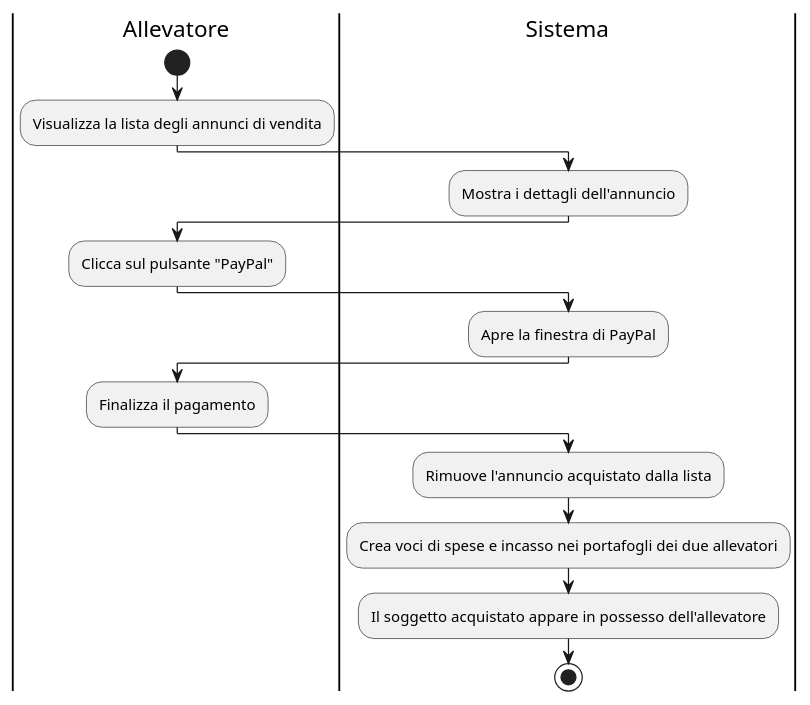
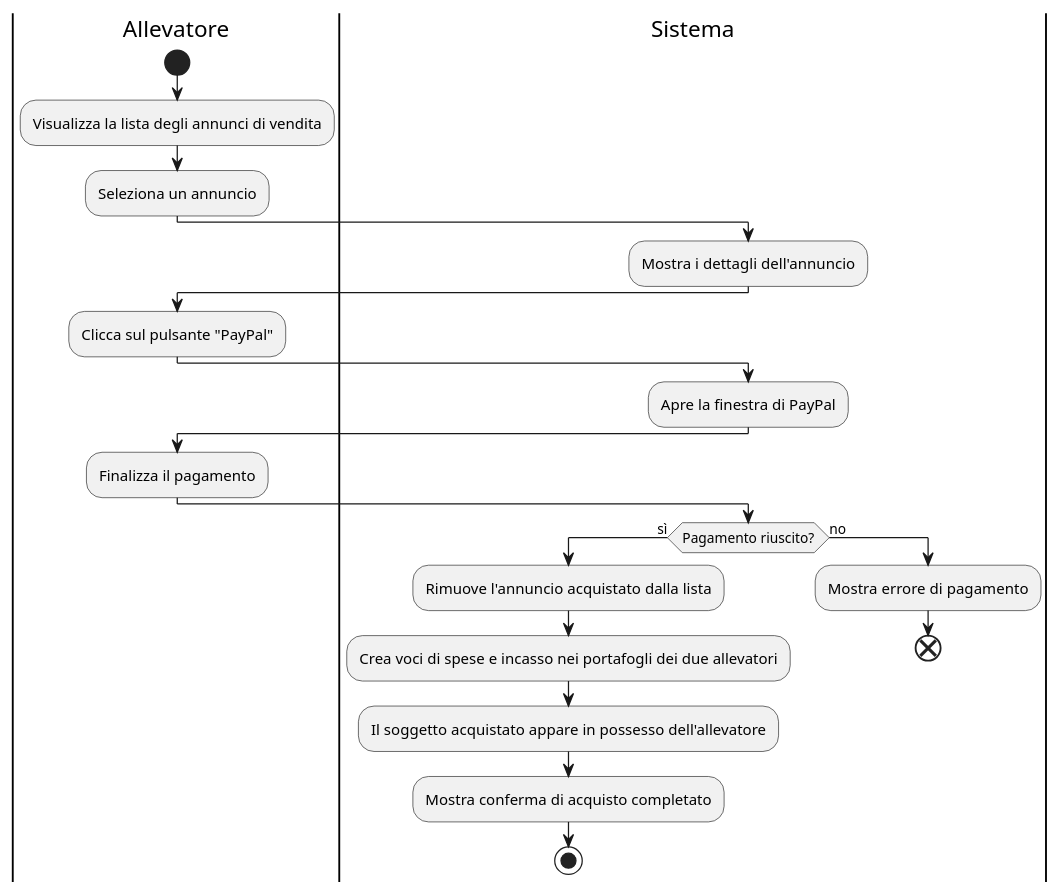
Diagram 18 of 27 in docs/sezioni/usecases/2_activitydiagrams.md (cristiancundari/birdbase), drawn with PlantUML before and after one commit. The commit also changed other lines of this file and 4 other files, not shown here.

````diff
--- a/docs/sezioni/usecases/2_activitydiagrams.md
+++ b/docs/sezioni/usecases/2_activitydiagrams.md
@@ -427,31 +469,28 @@
 ```plantuml
 @startuml
 |Allevatore|
 start
 :Visualizza la lista degli annunci di vendita;
-
+:Seleziona un annuncio;
 |Sistema|
 :Mostra i dettagli dell'annuncio;
-
 |Allevatore|
 :Clicca sul pulsante "PayPal";
-
 |Sistema|
 :Apre la finestra di PayPal;
-
 |Allevatore|
 :Finalizza il pagamento;
-
 |Sistema|
-:Rimuove l'annuncio acquistato dalla lista;
-
-|Sistema|
-:Crea voci di spese e incasso nei portafogli dei due allevatori;
-
-|Sistema|
-:Il soggetto acquistato appare in possesso dell'allevatore;
-
-stop
+if (Pagamento riuscito?) then (sì)
+    :Rimuove l'annuncio acquistato dalla lista;
+    :Crea voci di spese e incasso nei portafogli dei due allevatori;
+    :Il soggetto acquistato appare in possesso dell'allevatore;
+    :Mostra conferma di acquisto completato;
+    stop
+else (no)
+    :Mostra errore di pagamento;
+    end
+endif
 @enduml
 
 ```
````
